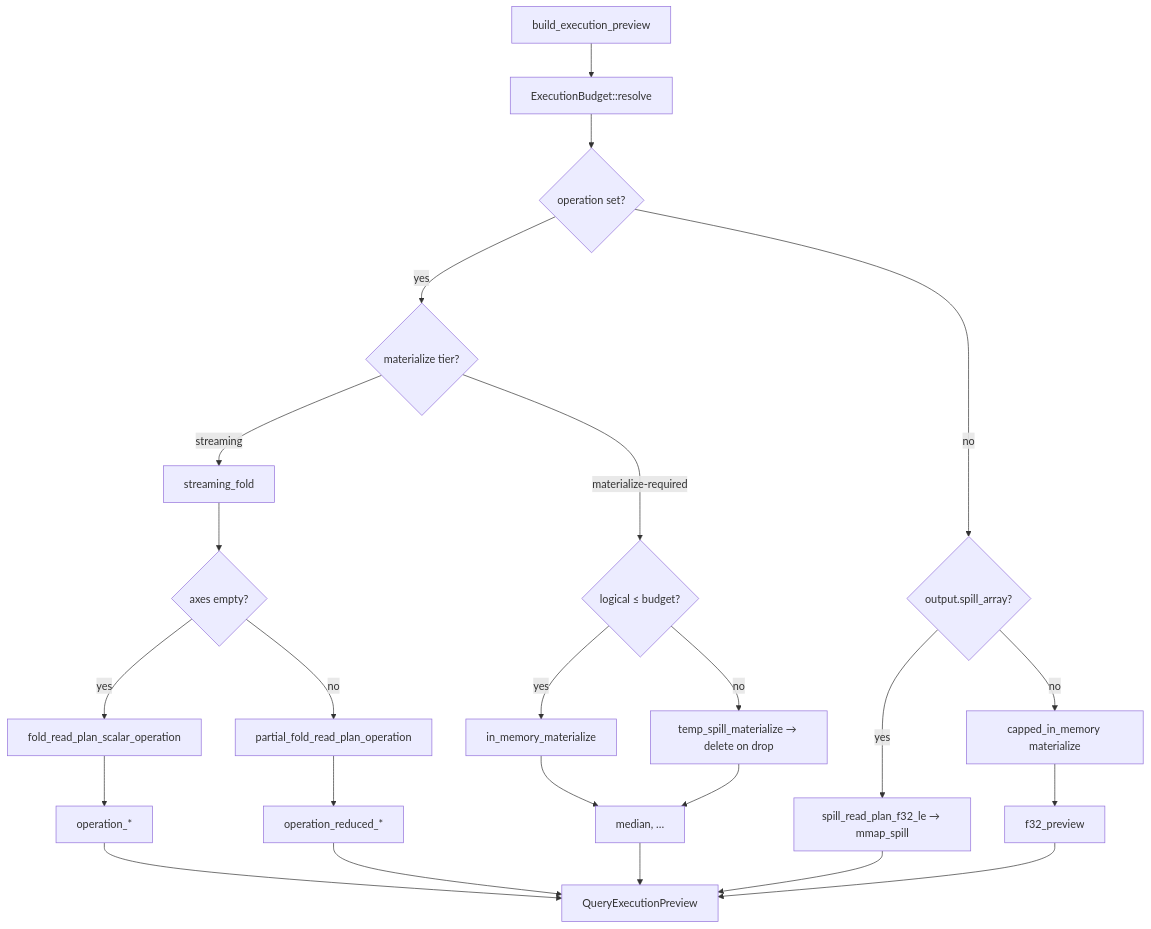
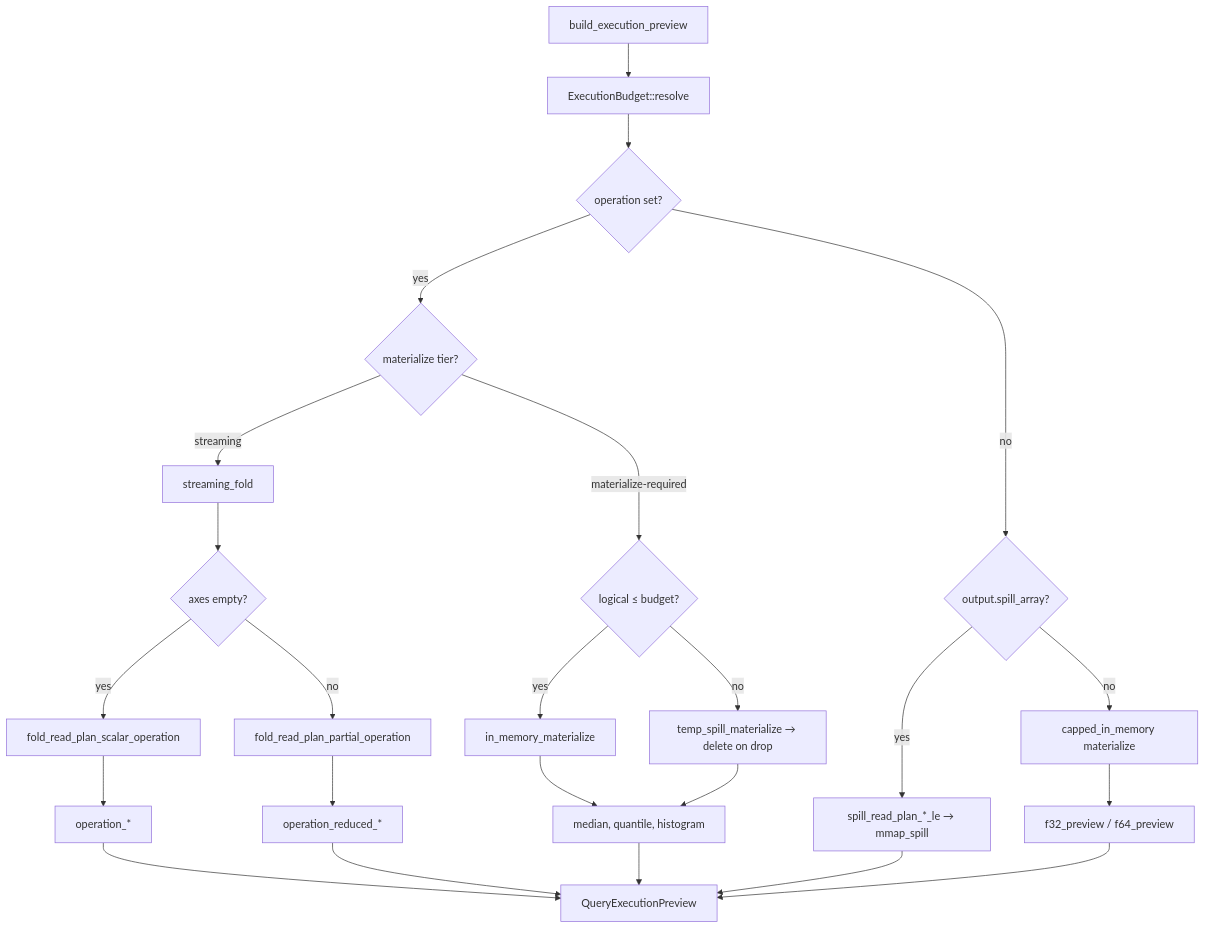
One commit to thicclatka/tetration changed the second of 2 diagrams in docs/query_engine.md. Above: the diagram before and after it, drawn with Mermaid. The commit also changed other lines of this file and 4 other files, not shown here.

````diff
--- a/docs/query_engine.md
+++ b/docs/query_engine.md
@@ -135,32 +137,32 @@
 ```mermaid
 flowchart TD
     BEP["build_execution_preview"]
     Budget["ExecutionBudget::resolve"]
     BEP --> Budget
     Budget --> OpGate{"operation set?"}
 
     OpGate -->|yes| TierGate{"materialize tier?"}
     TierGate -->|streaming| FoldPath["streaming_fold"]
     FoldPath --> Axes{"axes empty?"}
     Axes -->|yes| ScalarFold["fold_read_plan_scalar_operation"]
-    Axes -->|no| PartialFold["partial_fold_read_plan_operation"]
+    Axes -->|no| PartialFold["fold_read_plan_partial_operation"]
     ScalarFold --> OpFields["operation_*"]
     PartialFold --> Reduced["operation_reduced_*"]
     OpFields --> Done["QueryExecutionPreview"]
     Reduced --> Done
 
     TierGate -->|materialize-required| MatGate{"logical ≤ budget?"}
     MatGate -->|yes| InRam["in_memory_materialize"]
     MatGate -->|no| TempSpill["temp_spill_materialize → delete on drop"]
-    InRam --> TierCOp["median, …"]
+    InRam --> TierCOp["median, quantile, histogram"]
     TempSpill --> TierCOp
     TierCOp --> Done
 
     OpGate -->|no| SpillGate{"output.spill_array?"}
-    SpillGate -->|yes| Spill["spill_read_plan_f32_le → mmap_spill"]
+    SpillGate -->|yes| Spill["spill_read_plan_*_le → mmap_spill"]
     Spill --> Done
 
     SpillGate -->|no| CapMat["capped_in_memory materialize"]
-    CapMat --> Preview["f32_preview"]
+    CapMat --> Preview["f32_preview / f64_preview"]
     Preview --> Done
 ```
````
